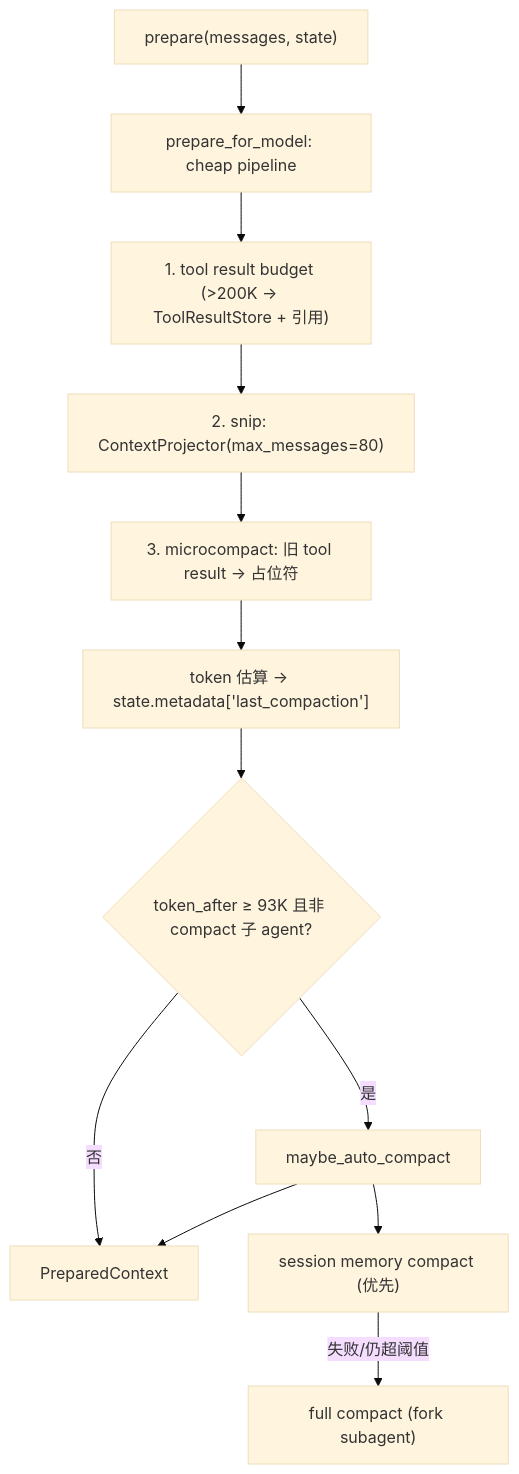
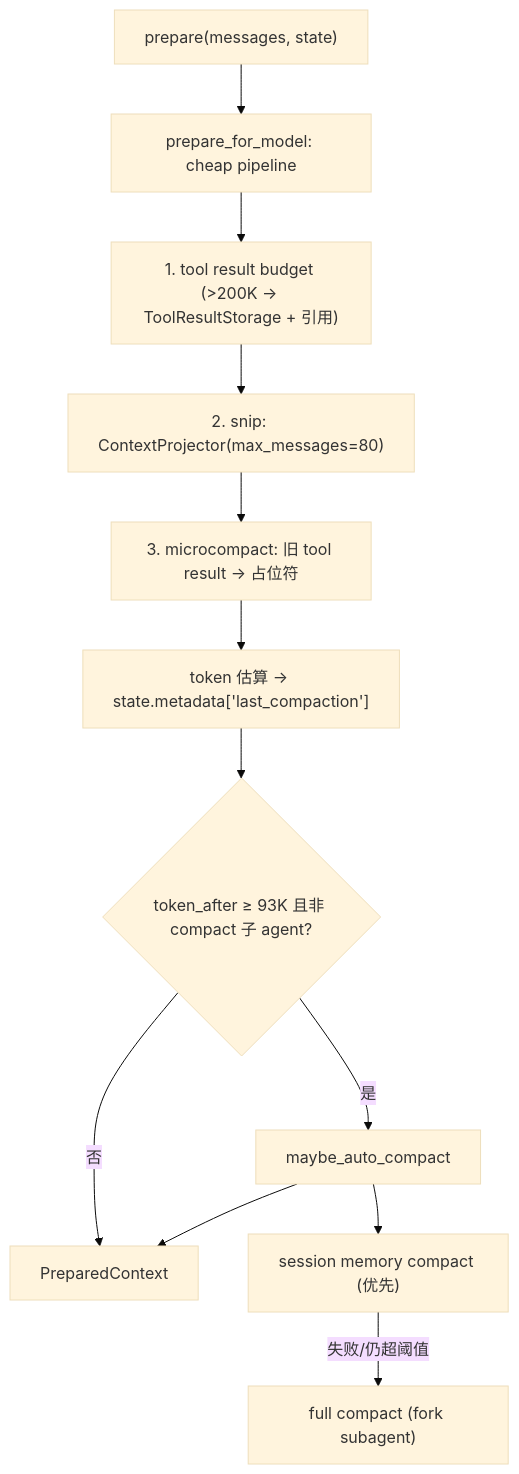
Before and after one commit to EtherealStar/OneCode: the first of 2 diagrams in docs/design-docs/compaction-architecture.md, drawn with Mermaid (base theme). The commit also changed other lines of this file and 17 other files, not shown here.

Commit message:
refactor(storage):Unify tool result storage

````diff
--- a/docs/design-docs/compaction-architecture.md
+++ b/docs/design-docs/compaction-architecture.md
@@ -52,14 +51,14 @@
 ```mermaid
 flowchart TD
   Prep["prepare(messages, state)"] --> Cheap["prepare_for_model: cheap pipeline"]
-  Cheap --> Budget["1. tool result budget (>200K → ToolResultStore + 引用)"]
+  Cheap --> Budget["1. tool result budget (>200K → ToolResultStorage + 引用)"]
   Budget --> Snip["2. snip: ContextProjector(max_messages=80)"]
   Snip --> Micro["3. microcompact: 旧 tool result → 占位符"]
   Micro --> Est["token 估算 → state.metadata['last_compaction']"]
   Est --> Check{"token_after ≥ 93K 且非 compact 子 agent?"}
   Check -->|否| Out["PreparedContext"]
   Check -->|是| Auto["maybe_auto_compact"]
   Auto --> SM["session memory compact (优先)"]
   SM -->|失败/仍超阈值| Full["full compact (fork subagent)"]
   Auto --> Out
 ```
````
